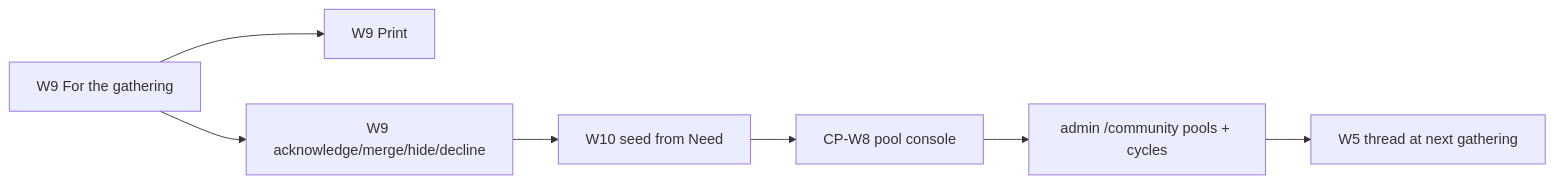
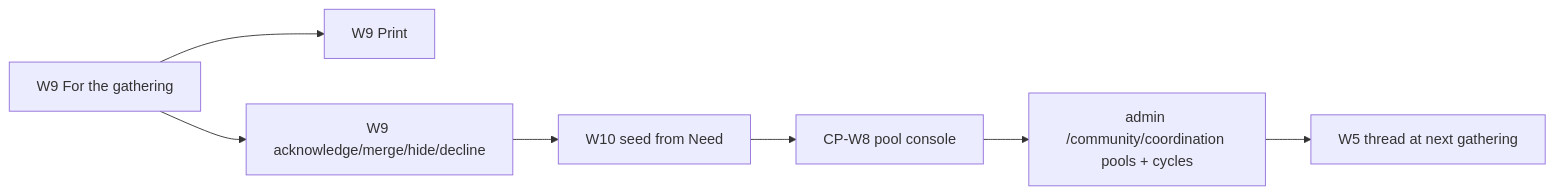
Before and after one commit to greenpill-dev-guild/green-goods: diagram 15 of 17 in .plans/active/community-interface/prototypes.md, drawn with Mermaid. The commit also changed other lines of this file and 35 other files, not shown here.

Commit message:
refactor(shared,client): streamline cross-package application flows

````diff
--- a/.plans/active/community-interface/prototypes.md
+++ b/.plans/active/community-interface/prototypes.md
@@ -388,9 +392,9 @@
 ```mermaid
 flowchart LR
   PREP["W9 For the gathering"] --> PRINT["W9 Print"]
   PREP --> TRIAGE["W9 acknowledge/merge/hide/decline"]
   TRIAGE --> SEED["W10 seed from Need"]
   SEED --> CONSOLE["CP-W8 pool console"]
-  CONSOLE --> RUN["admin /community pools + cycles"]
+  CONSOLE --> RUN["admin /community/coordination pools + cycles"]
   RUN --> CLOSE["W5 thread at next gathering"]
 ```
````
